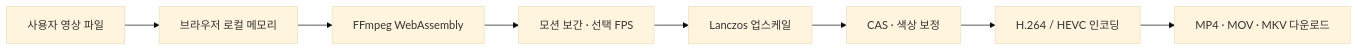
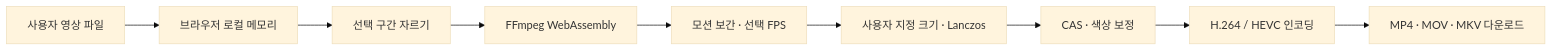
One commit to BaeSeoJin145/YBKVideoEnhancer changed the diagram in README.md. Above: the diagram before and after it, drawn with Mermaid (base theme). The commit also changed other lines of this file and 3 other files, not shown here.

````diff
--- a/README.md
+++ b/README.md
@@ -50,10 +51,11 @@
 ```mermaid
 flowchart LR
 		A[사용자 영상 파일] --> B[브라우저 로컬 메모리]
-		B --> C[FFmpeg WebAssembly]
-		C --> D[모션 보간 · 선택 FPS]
-		D --> E[Lanczos 업스케일]
-		E --> F[CAS · 색상 보정]
-		F --> G[H.264 / HEVC 인코딩]
-		G --> H[MP4 · MOV · MKV 다운로드]
+		B --> C[선택 구간 자르기]
+		C --> D[FFmpeg WebAssembly]
+		D --> E[모션 보간 · 선택 FPS]
+		E --> F[사용자 지정 크기 · Lanczos]
+		F --> G[CAS · 색상 보정]
+		G --> H[H.264 / HEVC 인코딩]
+		H --> I[MP4 · MOV · MKV 다운로드]
 ```
````
